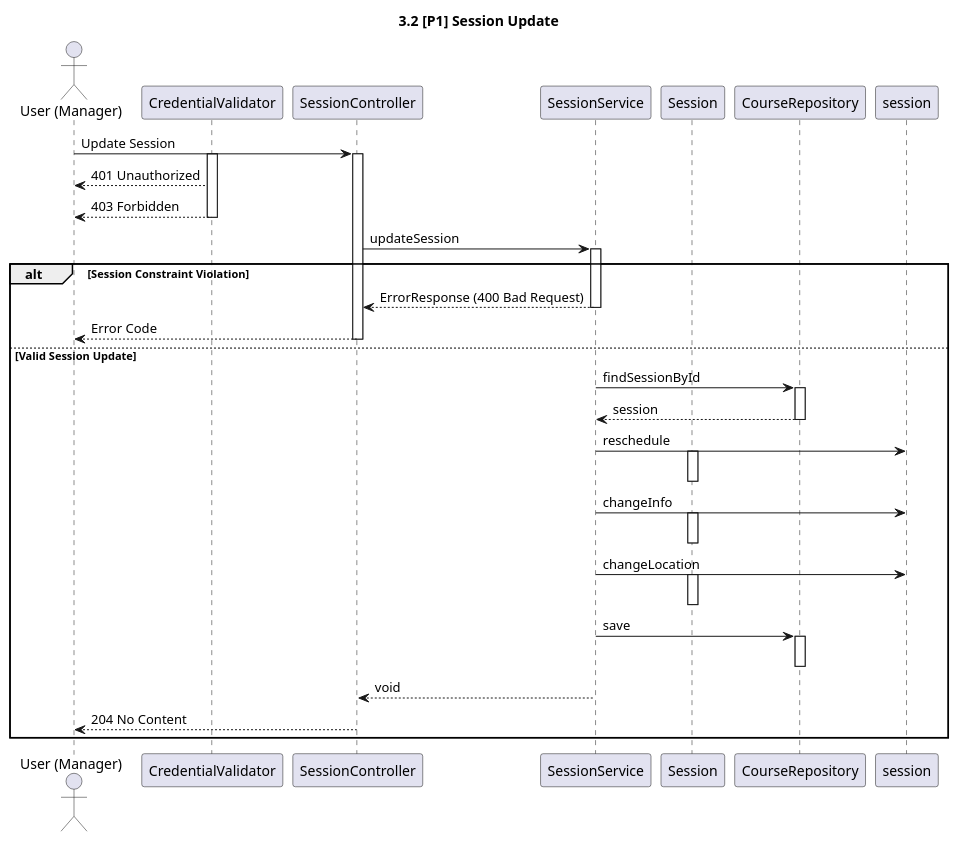
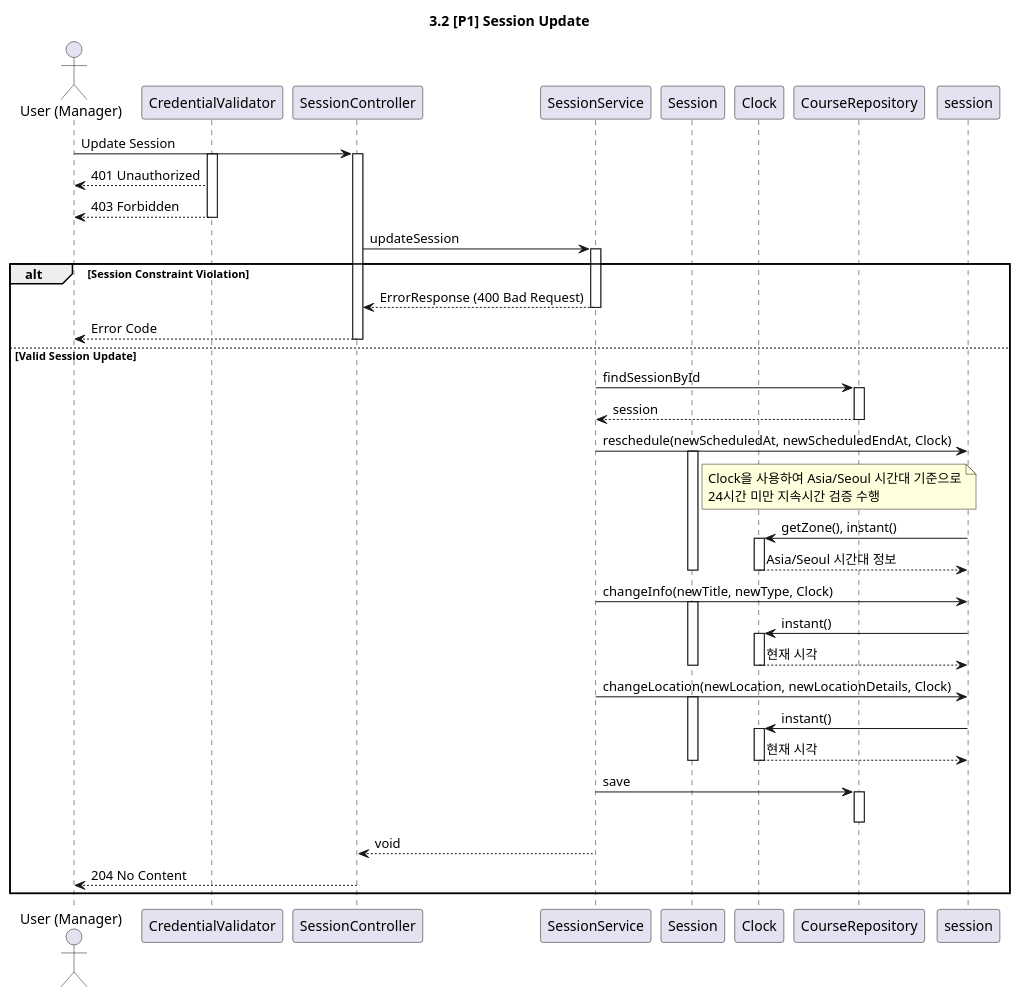
One commit to f-lab-edu/learning-manager changed the diagram in docs/sequences/3.2_session_update.puml. Above: the diagram before and after it, drawn with PlantUML. The commit also changed 14 other files, not shown here.

```diff
--- a/docs/sequences/3.2_session_update.puml
+++ b/docs/sequences/3.2_session_update.puml
@@ -1,57 +1,77 @@
 @startuml
 
 title 3.2 [P1] Session Update
 
 actor "User (Manager)" as User
 participant "CredentialValidator" as Validator
 participant "SessionController" as Controller
 participant "SessionService" as AppService
 participant "Session" as SessionDomain
+participant "Clock" as Clock
 participant "CourseRepository" as Repository
 
 User -> Controller: Update Session
 activate Validator
 activate Controller
 Validator --> User: 401 Unauthorized
 Validator --> User: 403 Forbidden
 deactivate Validator
 
 Controller -> AppService: updateSession
 activate AppService
 alt Session Constraint Violation
     AppService --> Controller: ErrorResponse (400 Bad Request)
     deactivate AppService
     Controller --> User: Error Code
     deactivate Controller
 else Valid Session Update
 
 AppService -> Repository: findSessionById
 activate Repository
 Repository --> AppService: session
 deactivate Repository
 
-AppService -> session: reschedule
+AppService -> session: reschedule(newScheduledAt, newScheduledEndAt, Clock)
 activate SessionDomain
+
+note right of SessionDomain
+  Clock을 사용하여 Asia/Seoul 시간대 기준으로
+  24시간 미만 지속시간 검증 수행
+end note
+
+session -> Clock: getZone(), instant()
+activate Clock
+Clock --> session: Asia/Seoul 시간대 정보
+deactivate Clock
+
 deactivate SessionDomain
 
-AppService -> session: changeInfo
+AppService -> session: changeInfo(newTitle, newType, Clock)
 activate SessionDomain
+session -> Clock: instant()
+activate Clock
+Clock --> session: 현재 시각
+deactivate Clock
 deactivate SessionDomain
 
-AppService -> session: changeLocation
+AppService -> session: changeLocation(newLocation, newLocationDetails, Clock)
 activate SessionDomain
+session -> Clock: instant()
+activate Clock
+Clock --> session: 현재 시각
+deactivate Clock
 deactivate SessionDomain
 
 AppService -> Repository: save
 activate Repository
 deactivate Repository
 
 AppService --> Controller: void
 deactivate AppService
 
 Controller --> User: 204 No Content
 deactivate Controller
 
 end
 
 @enduml
```
